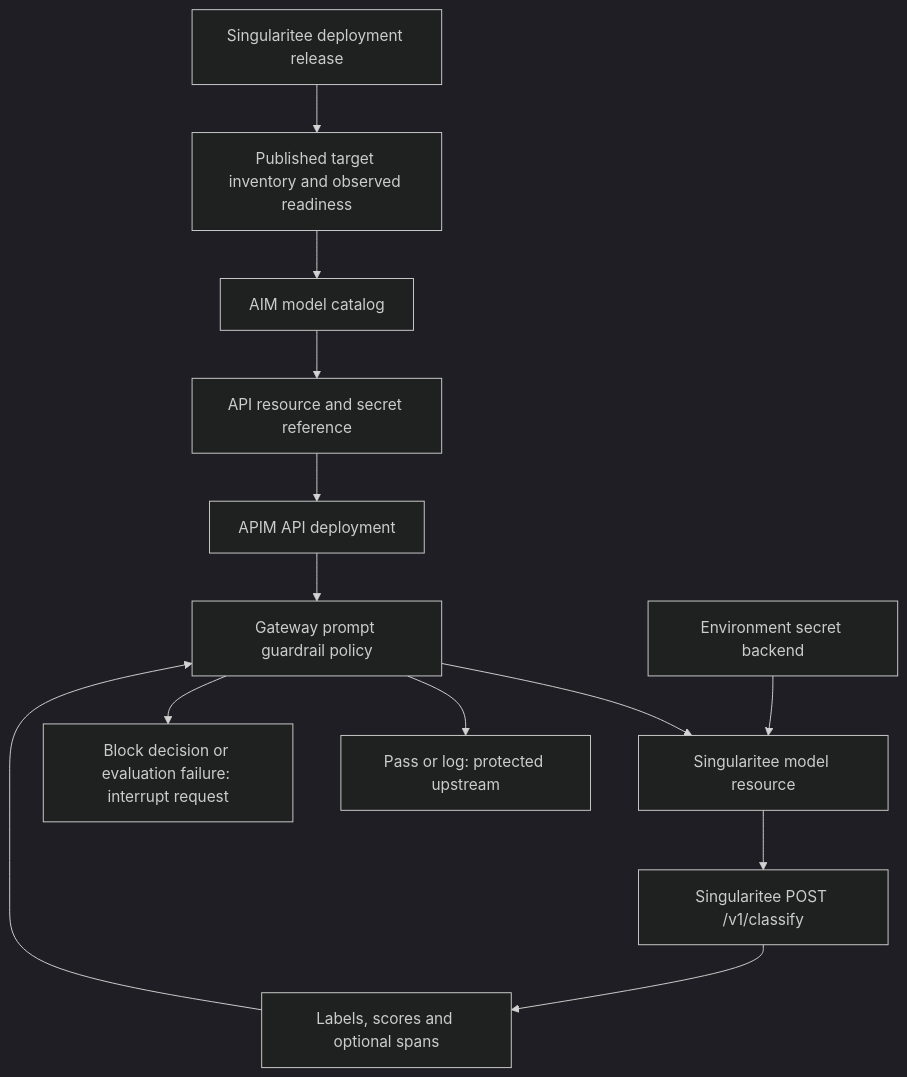
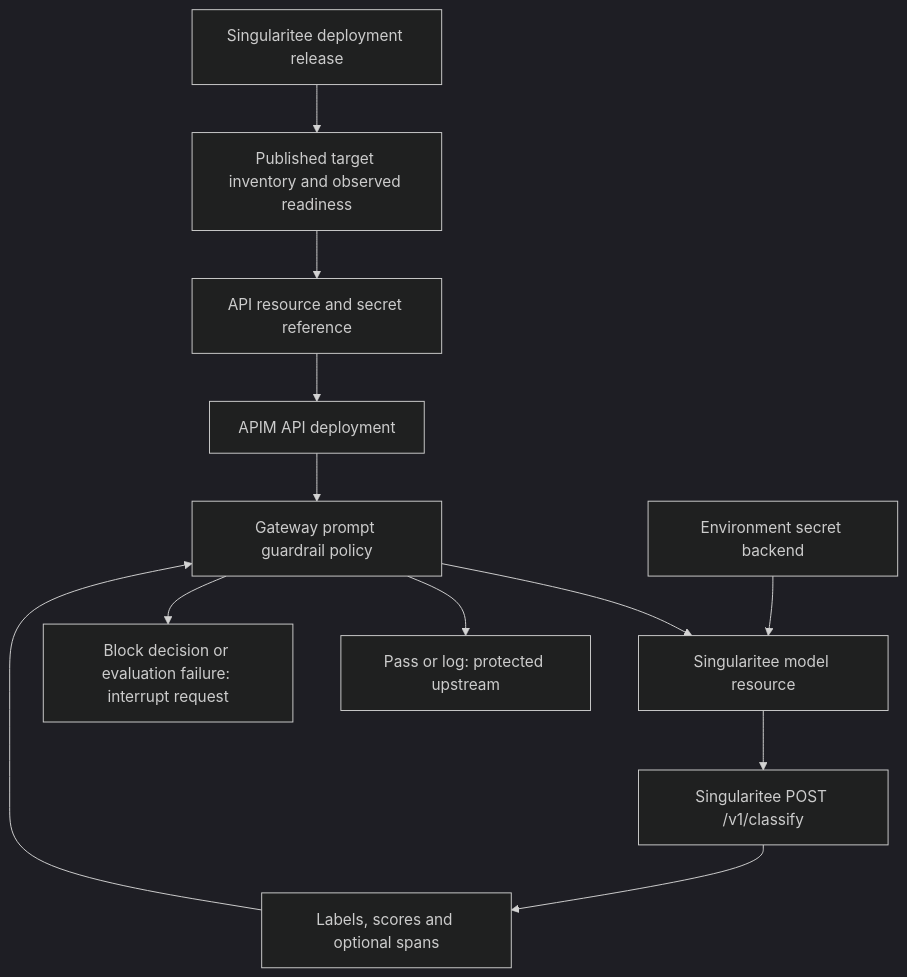
One commit to gravitee-io/gravitee-singularitee changed the diagram in docs/architecture/agent-management-pii.md. Above: the diagram before and after it, drawn with Mermaid (dark theme). The commit also changed other lines of this file and 1 other file, not shown here.

Commit message:
docs(singularitee): describe resource-only aim integration

````diff
--- a/docs/architecture/agent-management-pii.md
+++ b/docs/architecture/agent-management-pii.md
@@ -13,17 +13,16 @@
 ```mermaid
 flowchart TD
     S[Singularitee deployment release]
     I[Published target inventory and observed readiness]
-    C[AIM model catalog]
     R[API resource and secret reference]
     D[APIM API deployment]
     P[Gateway prompt guardrail policy]
     T[Singularitee model resource]
     N[Singularitee POST /v1/classify]
-    S --> I --> C --> R --> D --> P --> T --> N
+    S --> I --> R --> D --> P --> T --> N
     V[Environment secret backend] --> T
     N --> O[Labels, scores and optional spans]
     O --> P
     P --> A[Pass or log: protected upstream]
     P --> B[Block decision or evaluation failure: interrupt request]
 ```
````
